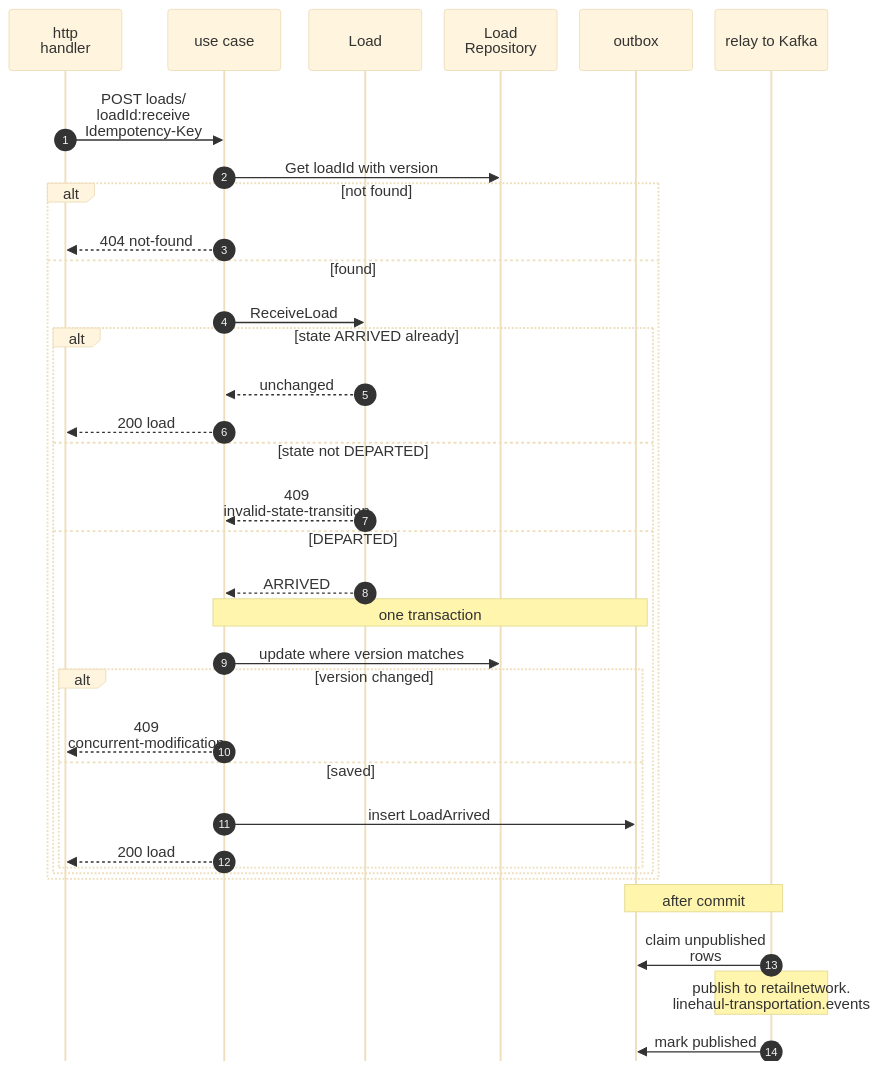
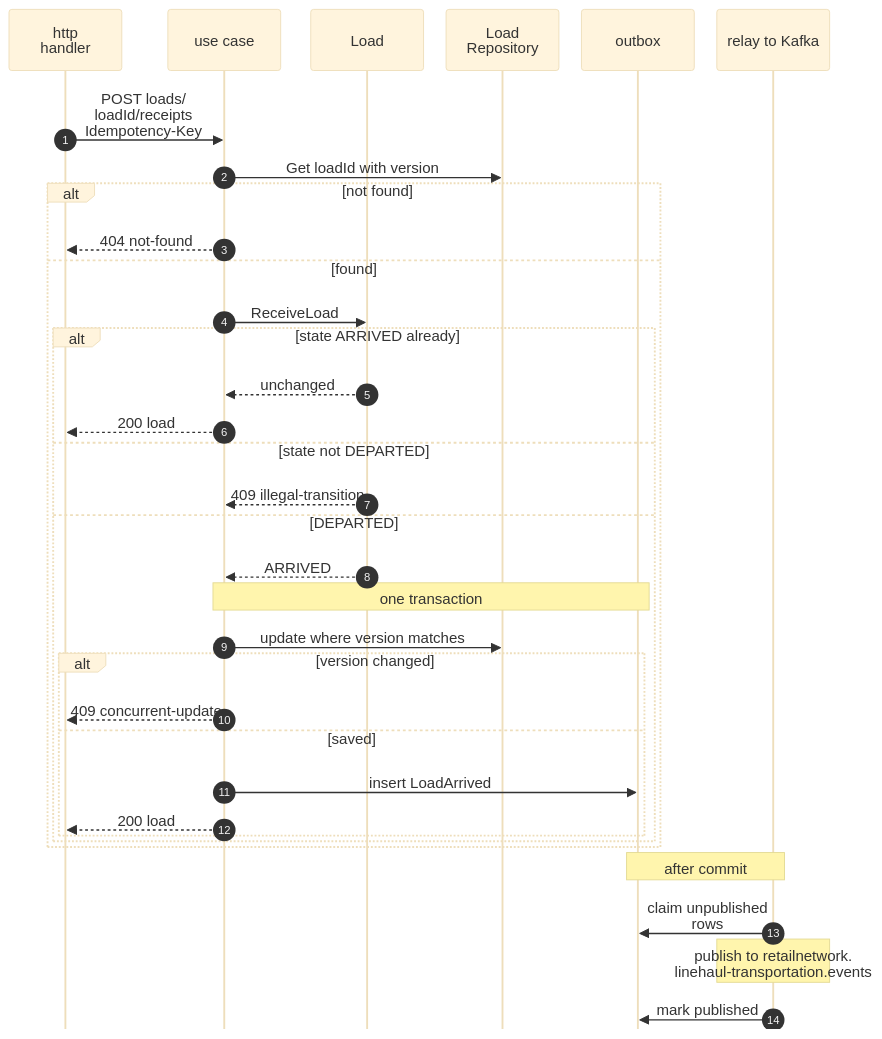
Diagram 15 of 15 in network/docs/contexts/linehaul-transportation/sequence-diagrams.md (IQVO/warehouse-docs), drawn with Mermaid (base theme) before and after one commit. The commit also changed other lines of this file and 8 other files, not shown here.

````diff
--- a/network/docs/contexts/linehaul-transportation/sequence-diagrams.md
+++ b/network/docs/contexts/linehaul-transportation/sequence-diagrams.md
@@ -663,38 +609,38 @@
 ```mermaid
 %%{init: {"sequence": {"wrap": true, "width": 120, "actorMargin": 24, "messageMargin": 28, "boxMargin": 6, "noteMargin": 6, "mirrorActors": false}}}%%
 sequenceDiagram
     autonumber
     participant H as http<br/>handler
     participant U as use case
     participant A as Load
     participant R as Load<br/>Repository
     participant O as outbox
     participant RL as relay to Kafka
-    H->>U: POST loads/<br/>loadId:receive<br/>Idempotency-Key
+    H->>U: POST loads/<br/>loadId/receipts<br/>Idempotency-Key
     U->>R: Get loadId with version
     alt not found
         U-->>H: 404 not-found
     else found
         U->>A: ReceiveLoad
         alt state ARRIVED already
             A-->>U: unchanged
             U-->>H: 200 load
         else state not DEPARTED
-            A-->>U: 409 invalid-state-transition
+            A-->>U: 409 illegal-transition
         else DEPARTED
             A-->>U: ARRIVED
             Note over U,O: one transaction
             U->>R: update where version matches
             alt version changed
-                U-->>H: 409 concurrent-modification
+                U-->>H: 409 concurrent-update
             else saved
                 U->>O: insert LoadArrived
                 U-->>H: 200 load
             end
         end
     end
     Note over O,RL: after commit
     RL->>O: claim unpublished rows
     Note over RL: publish to retailnetwork.<br/>linehaul-transportation.events
     RL->>O: mark published
 ```
````
